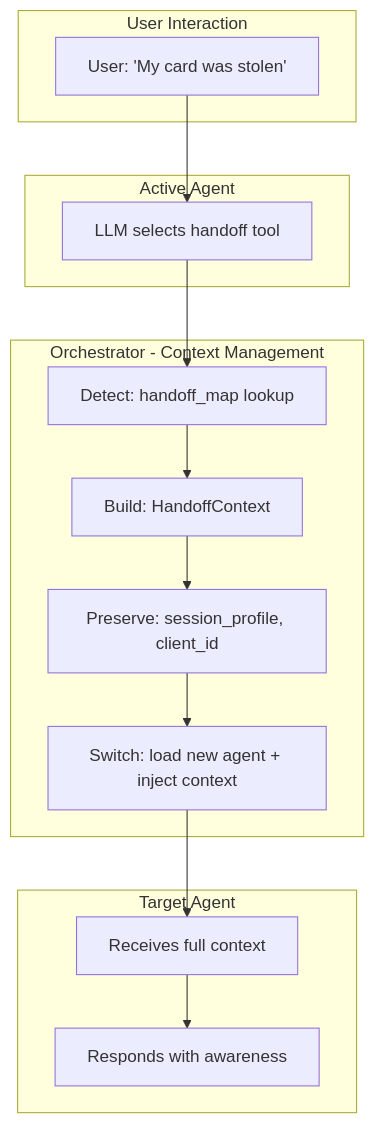
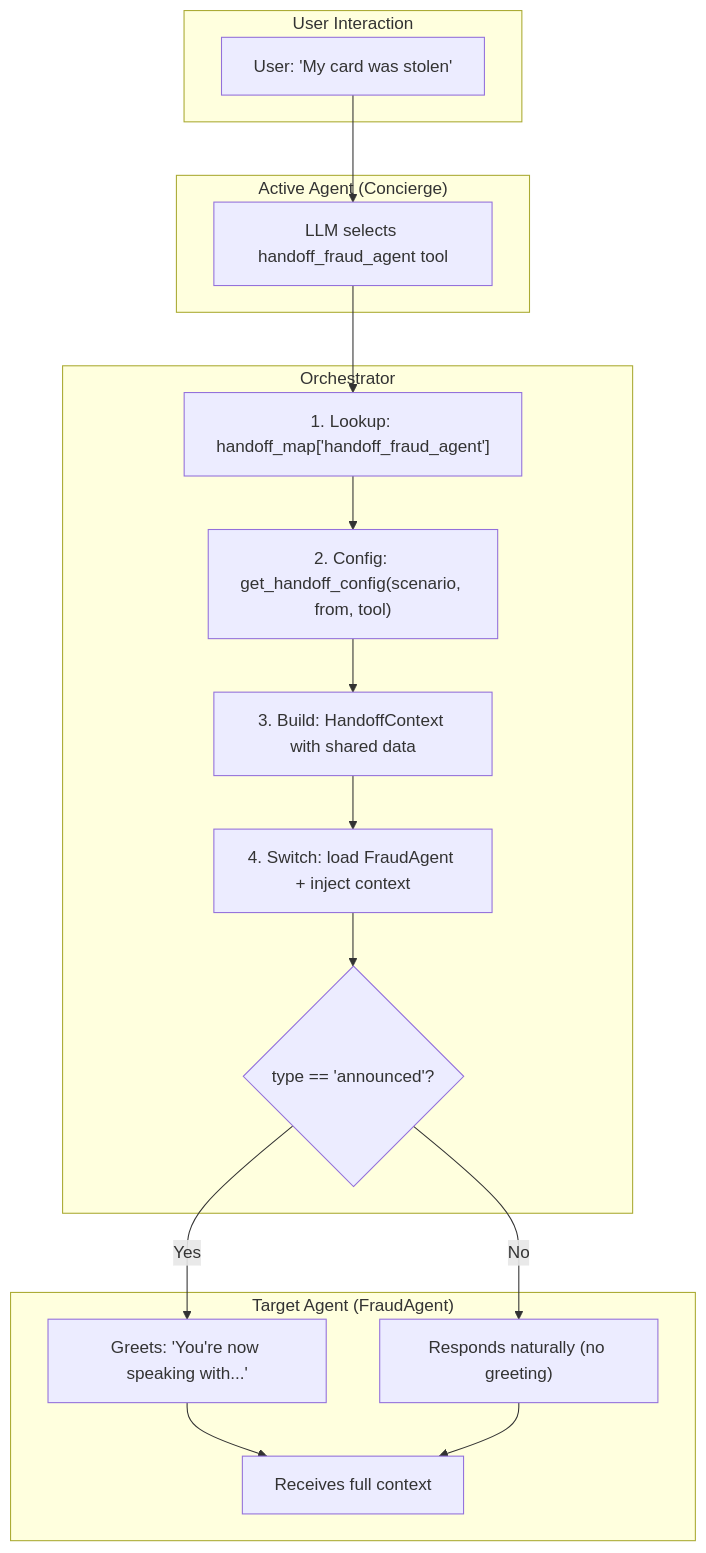
Before and after one commit to AIappsGBBFactory/art-voice-agent-accelerator: the fourth of 6 diagrams in docs/architecture/agents/handoffs.md, drawn with Mermaid. The commit also changed other lines of this file and 9 other files, not shown here.

First line of the commit message:
Add Insurance Voice Agent Scenario documentation and update navigation

````diff
--- a/docs/architecture/agents/handoffs.md
+++ b/docs/architecture/agents/handoffs.md
@@ -267,30 +423,35 @@
 ```mermaid
 flowchart TD
     subgraph Input["User Interaction"]
         A["User: 'My card was stolen'"]
     end
     
-    subgraph Agent["Active Agent"]
-        B["LLM selects handoff tool"]
+    subgraph Agent["Active Agent (Concierge)"]
+        B["LLM selects handoff_fraud_agent tool"]
     end
     
-    subgraph Orch["Orchestrator - Context Management"]
-        C["Detect: handoff_map lookup"]
-        D["Build: HandoffContext"]
-        E["Preserve: session_profile, client_id"]
-        F["Switch: load new agent + inject context"]
+    subgraph Orch["Orchestrator"]
+        C["1. Lookup: handoff_map['handoff_fraud_agent']"]
+        D["2. Config: get_handoff_config(scenario, from, tool)"]
+        E["3. Build: HandoffContext with shared data"]
+        F["4. Switch: load FraudAgent + inject context"]
+        G{"type == 'announced'?"}
     end
     
-    subgraph Target["Target Agent"]
-        G["Receives full context"]
-        H["Responds with awareness"]
+    subgraph Target["Target Agent (FraudAgent)"]
+        H["Receives full context"]
+        I["Greets: 'You're now speaking with...'"]
+        J["Responds naturally (no greeting)"]
     end
 
     A --> B
     B --> C
     C --> D
     D --> E
     E --> F
     F --> G
-    G --> H
+    G -->|Yes| I
+    G -->|No| J
+    I --> H
+    J --> H
 ```
````
